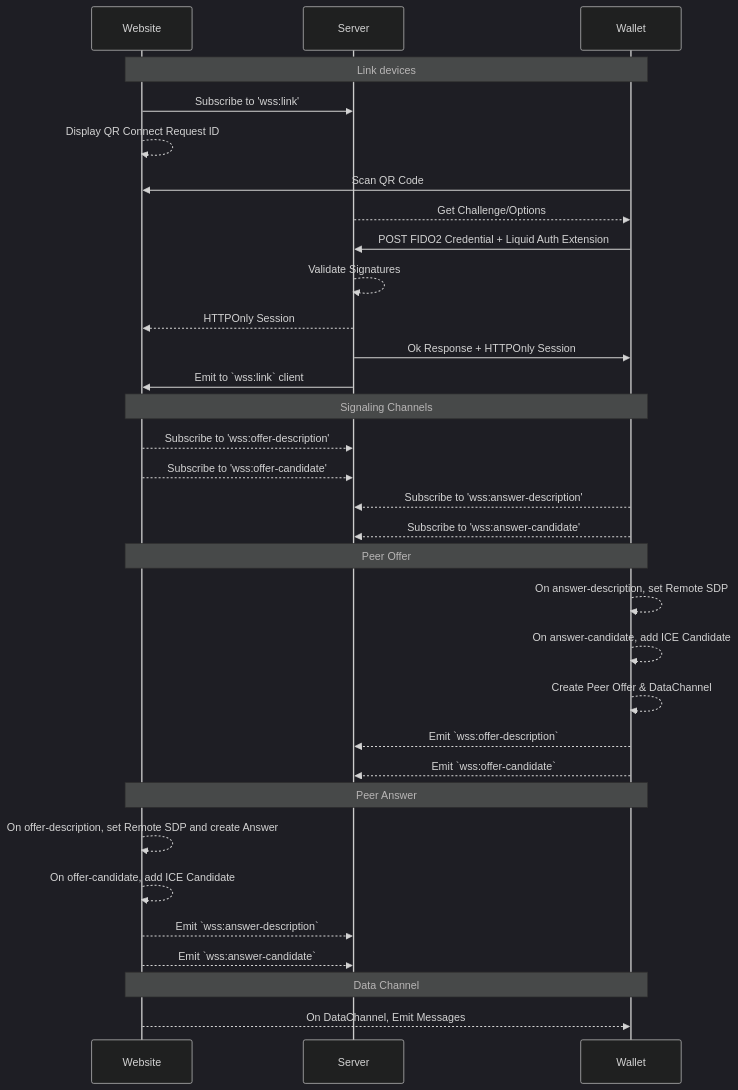
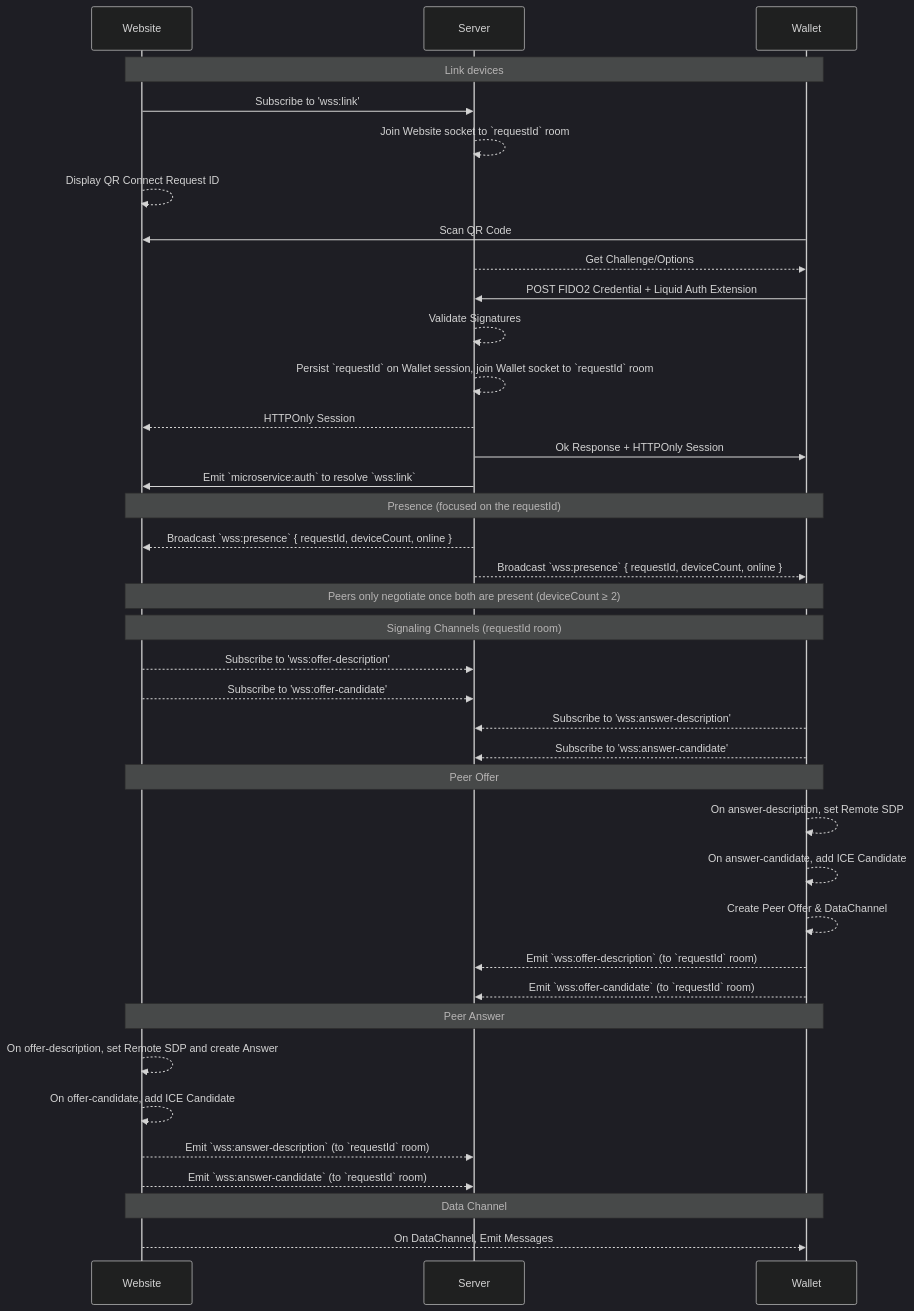
One commit to algorandfoundation/liquid-auth changed the first of 2 diagrams in SEQUENCE.md. Above: the diagram before and after it, drawn with Mermaid (dark theme). The commit also changed other lines of this file and 2 other files, not shown here.

Commit message:
docs: update diagrams to reflect latest changes

````diff
--- a/SEQUENCE.md
+++ b/SEQUENCE.md
@@ -4,38 +10,45 @@
 ```mermaid
 sequenceDiagram
     participant Website
     participant Server
     participant Wallet
     Note over Website, Wallet: Link devices
     Website->>Server: Subscribe to 'wss:link'
+    Server-->>Server: Join Website socket to `requestId` room
     Website-->>Website: Display QR Connect Request ID
     Wallet->>Website: Scan QR Code
     Server-->>Wallet: Get Challenge/Options
     Wallet->>Server: POST FIDO2 Credential + Liquid Auth Extension
     Server-->>Server: Validate Signatures
+    Server-->>Server: Persist `requestId` on Wallet session, join Wallet socket to `requestId` room
     Server-->>Website: HTTPOnly Session
     Server->>Wallet: Ok Response + HTTPOnly Session
-    Server->>Website: Emit to `wss:link` client
-    Note over Website, Wallet: Signaling Channels
+    Server->>Website: Emit `microservice:auth` to resolve `wss:link`
+
+    Note over Website, Wallet: Presence (focused on the requestId)
+    Server-->>Website: Broadcast `wss:presence` { requestId, deviceCount, online }
+    Server-->>Wallet: Broadcast `wss:presence` { requestId, deviceCount, online }
+    Note over Website, Wallet: Peers only negotiate once both are present (deviceCount ≥ 2)
+
+    Note over Website, Wallet: Signaling Channels (requestId room)
     Website-->>Server: Subscribe to 'wss:offer-description'
     Website-->>Server: Subscribe to 'wss:offer-candidate'
     Wallet-->>Server: Subscribe to 'wss:answer-description'
     Wallet-->>Server: Subscribe to 'wss:answer-candidate'
 
     Note over Website, Wallet: Peer Offer
     Wallet-->>Wallet: On answer-description, set Remote SDP
     Wallet-->>Wallet: On answer-candidate, add ICE Candidate
     Wallet-->>Wallet: Create Peer Offer & DataChannel
-    Wallet-->>Server: Emit `wss:offer-description`
-    Wallet-->>Server: Emit `wss:offer-candidate`
+    Wallet-->>Server: Emit `wss:offer-description` (to `requestId` room)
+    Wallet-->>Server: Emit `wss:offer-candidate` (to `requestId` room)
 
     Note over Website, Wallet: Peer Answer
     Website-->>Website: On offer-description, set Remote SDP and create Answer
     Website-->>Website: On offer-candidate, add ICE Candidate
-    Website-->>Server: Emit `wss:answer-description`
-    Website-->>Server: Emit `wss:answer-candidate`
+    Website-->>Server: Emit `wss:answer-description` (to `requestId` room)
+    Website-->>Server: Emit `wss:answer-candidate` (to `requestId` room)
 
     Note over Website, Wallet: Data Channel
     Website-->>Wallet: On DataChannel, Emit Messages
-
 ```
````
